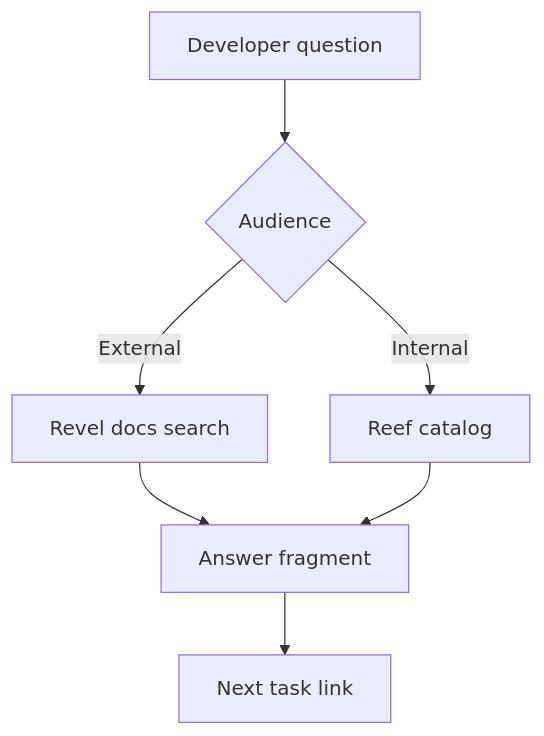
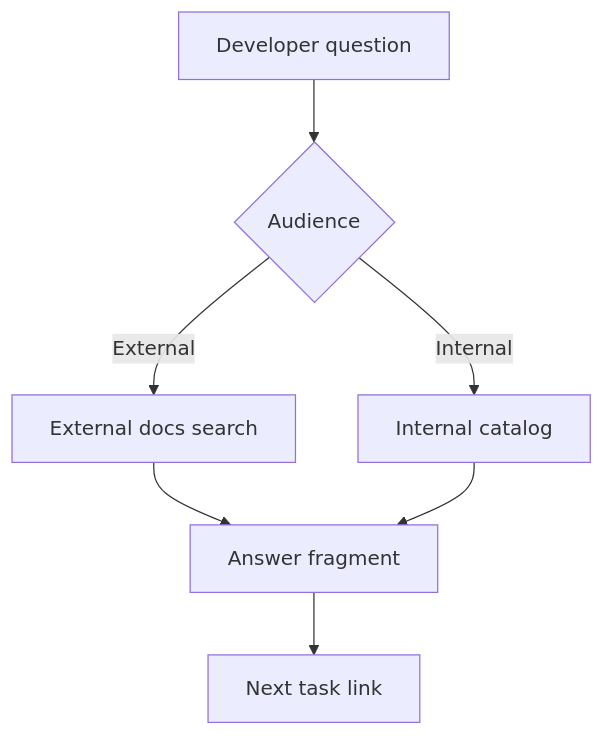
One commit to riboflavin/redocly-site changed the diagram in learn/ai-for-docs/ai-help-developers-find-understand-apis.md. Above: the diagram before and after it, drawn with Mermaid. The commit also changed other lines of this file and 105 other files, not shown here.

````diff
--- a/learn/ai-for-docs/ai-help-developers-find-understand-apis.md
+++ b/learn/ai-for-docs/ai-help-developers-find-understand-apis.md
@@ -60,9 +60,9 @@
 ```mermaid
 graph TD
   Q[Developer question] --> R{Audience}
-  R -->|External| V[Revel docs search]
-  R -->|Internal| F[Reef catalog]
+  R -->|External| V[External docs search]
+  R -->|Internal| F[Internal catalog]
   V --> A[Answer fragment]
   F --> A
   A --> N[Next task link]
 ```
````
